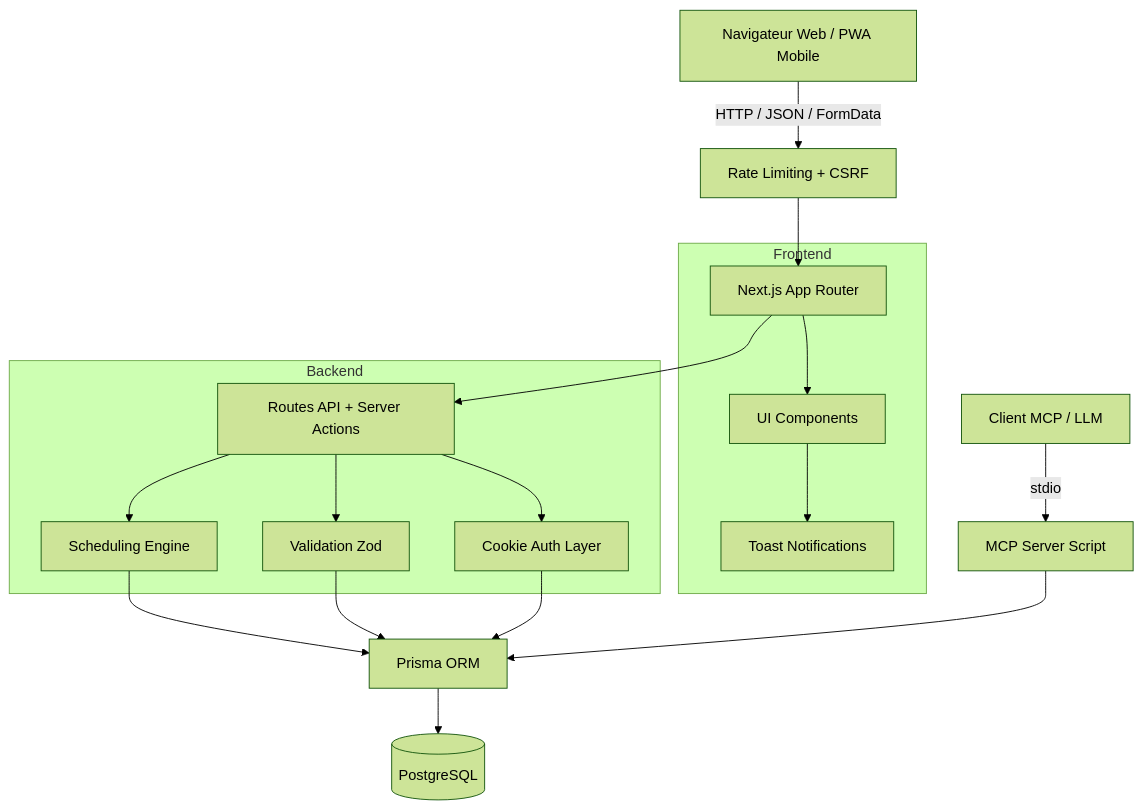
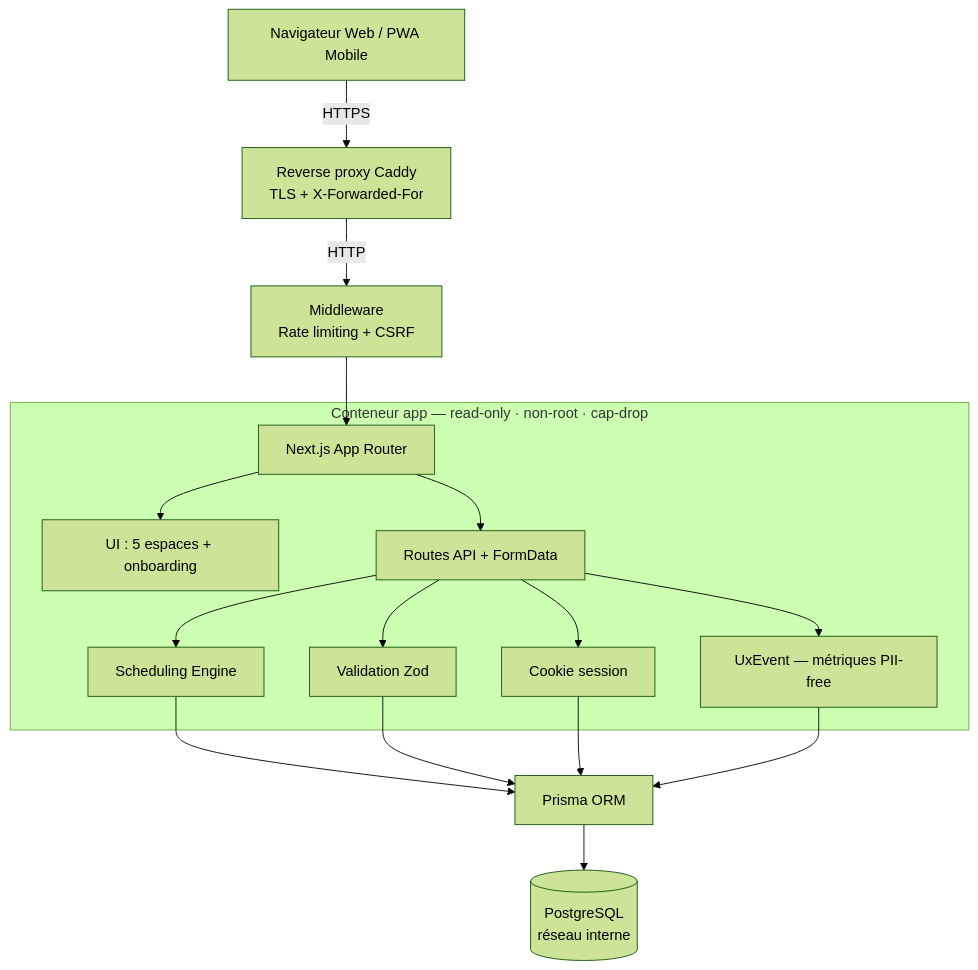
Before and after one commit to CesarPierr/quotidy: the diagram in README.md, drawn with Mermaid (forest theme). The commit also changed other lines of this file and 4 other files, not shown here.

First line of the commit message:
docs: refresh README/AGENTS/CHANGELOG for the 5-space architecture

````diff
--- a/README.md
+++ b/README.md
@@ -46,26 +60,21 @@
 ```mermaid
 graph TD
-    Client[Navigateur Web / PWA Mobile] -->|HTTP / JSON / FormData| Middleware[Rate Limiting + CSRF]
+    Client[Navigateur Web / PWA Mobile] -->|HTTPS| Proxy[Reverse proxy Caddy<br/>TLS + X-Forwarded-For]
+    Proxy -->|HTTP| Middleware[Middleware<br/>Rate limiting + CSRF]
     Middleware --> App[Next.js App Router]
-    
-    subgraph Frontend
-        App --> Pages[UI Components]
-        Pages --> Toast[Toast Notifications]
-    end
-    
-    subgraph Backend
-        App --> API[Routes API + Server Actions]
-        API --> Auth[Cookie Auth Layer]
+
+    subgraph appbox["Conteneur app — read-only · non-root · cap-drop"]
+        App --> Pages[UI : 5 espaces + onboarding]
+        App --> API[Routes API + FormData]
+        API --> Auth[Cookie session]
         API --> Engine[Scheduling Engine]
         API --> Zod[Validation Zod]
+        API --> Telemetry[UxEvent — métriques PII-free]
     end
-    
+
     Engine --> Prisma[Prisma ORM]
     Zod --> Prisma
     Auth --> Prisma
-    
-    Prisma --> DB[(PostgreSQL)]
-    
-    MCP[Client MCP / LLM] -->|stdio| MCPServer[MCP Server Script]
-    MCPServer --> Prisma
+    Telemetry --> Prisma
+    Prisma --> DB[(PostgreSQL<br/>réseau interne)]
 ```
````
